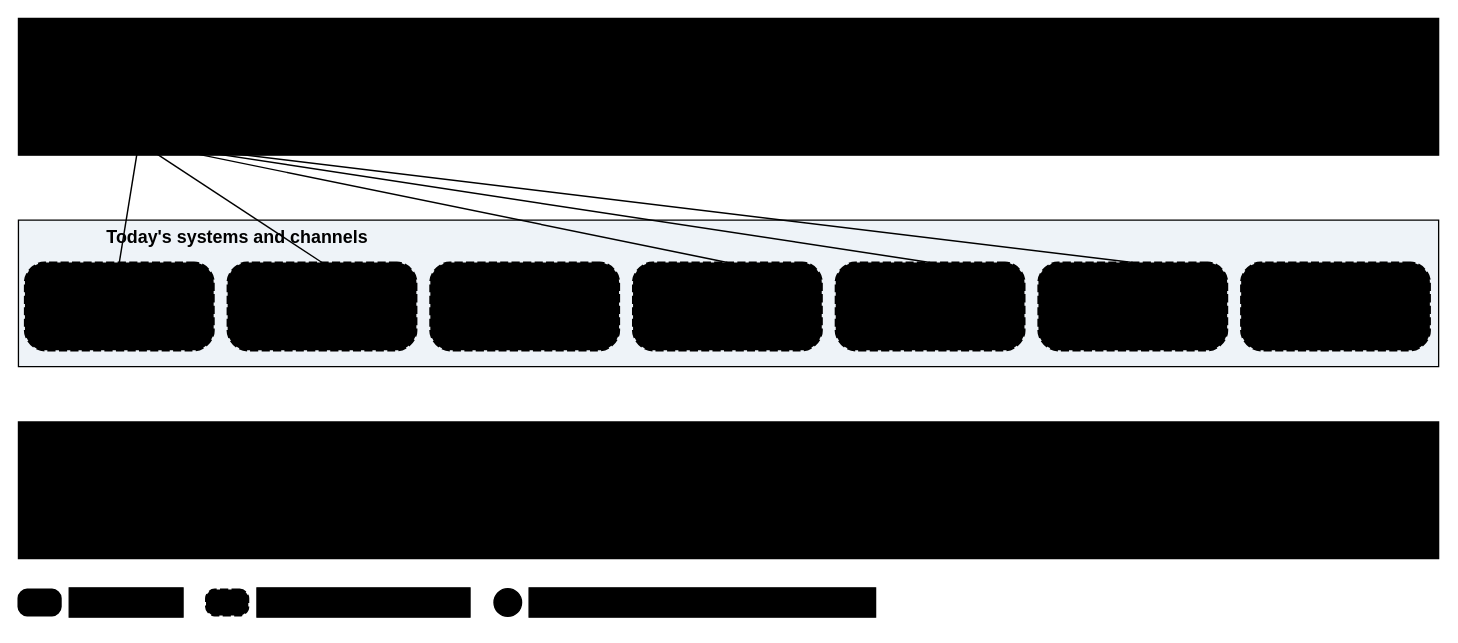
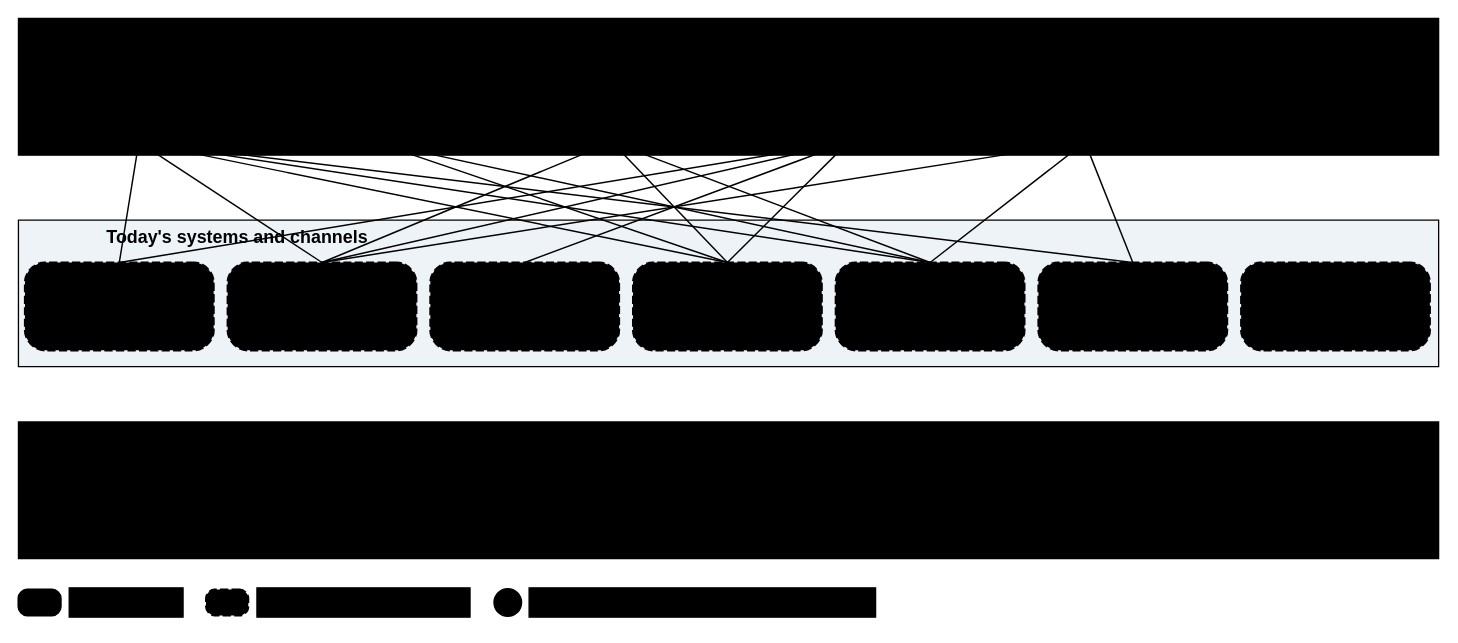
One commit to IortaTexhNXT-DEV/FinVerse changed the diagram in docs/deliverables/src/decks/figures/holistic_asis_map.dot. Above: the diagram before and after it, drawn with Graphviz. The commit also changed 31 other files, not shown here.

First line of the commit message:
Business process deck: chapters 2-5 (Operations, Product Maintenance, Collections, Accounting)

```diff
--- a/docs/deliverables/src/decks/figures/holistic_asis_map.dot
+++ b/docs/deliverables/src/decks/figures/holistic_asis_map.dot
@@ -1,36 +1,56 @@
 // Each line is a system or channel an area depends on today (current-process sections of the 12 BRDs)
 // Generated by docs/deliverables/src/decks/build_process_deck.py from the YAML in
 // process_deck/; edit the YAML and rebuild. Colour tokens are replaced at render time.
 digraph holistic_asis_map {
   graph [layout=neato, inputscale=72, splines=line, overlap=true, outputorder=nodesfirst, bgcolor="white", pad=0.05, fontname="Arial"];
   node [fontname="Arial"];
   edge [fontname="Arial"];
   c0 [pos="0,0!", shape=point, width=0.01, style=invis];
   c1 [pos="873.0,372.0!", shape=point, width=0.01, style=invis];
   r1 [pos="436.5,330.0!", shape=box, style="filled", fillcolor="@WHITE", color="@BORDER", penwidth=0.8, width=12.125, height=1.167, fixedsize=true, margin="0.03,0.02", label=""];
   r2 [pos="104.0,360.0!", shape=box, style="filled", fillcolor="@WHITE", color="@WHITE", penwidth=0.8, width=2.778, height=0.250, fixedsize=true, margin="0.03,0.02", label=<<font point-size="11.5" color="@HEADER_BLUE"><b>Business areas 1-6</b></font>>];
   r3 [pos="436.5,203.0!", shape=box, style="filled", fillcolor="#EEF3F8", color="@BORDER", penwidth=0.8, width=12.125, height=1.250, fixedsize=true, margin="0.03,0.02", label=""];
   r4 [pos="134.0,236.0!", shape=box, style="filled", fillcolor="#EEF3F8", color="#EEF3F8", penwidth=0.8, width=3.611, height=0.250, fixedsize=true, margin="0.03,0.02", label=<<font point-size="11.5" color="@HEADER_BLUE"><b>Today's systems and channels</b></font>>];
   r5 [pos="436.5,82.0!", shape=box, style="filled", fillcolor="@WHITE", color="@BORDER", penwidth=0.8, width=12.125, height=1.167, fixedsize=true, margin="0.03,0.02", label=""];
   r6 [pos="104.0,112.0!", shape=box, style="filled", fillcolor="@WHITE", color="@WHITE", penwidth=0.8, width=2.778, height=0.250, fixedsize=true, margin="0.03,0.02", label=<<font point-size="11.5" color="@HEADER_BLUE"><b>Business areas 7-12</b></font>>];
   nb [pos="74.0,321.0!", shape=box, style="rounded,filled", fillcolor="@WHITE", color="@HEADER_BLUE", penwidth=1.3, width=1.889, height=0.694, fixedsize=true, margin="0.03,0.02", label=<<font point-size="12" color="@NEAR_BLACK">1  New Business</font>>];
   m7 [pos="138.0,344.0!", shape=circle, style=filled, fillcolor="@YELLOW", color="@NEAR_BLACK", penwidth=0.8, width=0.264, height=0.264, fixedsize=true, label=<<font point-size="11" color="@NEAR_BLACK"><b>9</b></font>>];
+  pm [pos="219.4,321.0!", shape=box, style="rounded,filled", fillcolor="@WHITE", color="@HEADER_BLUE", penwidth=1.3, width=1.889, height=0.694, fixedsize=true, margin="0.03,0.02", label=<<font point-size="12" color="@NEAR_BLACK">3  Product<br/>Maintenance</font>>];
+  m8 [pos="283.4,344.0!", shape=circle, style=filled, fillcolor="@YELLOW", color="@NEAR_BLACK", penwidth=0.8, width=0.264, height=0.264, fixedsize=true, label=<<font point-size="11" color="@NEAR_BLACK"><b>8</b></font>>];
+  ops [pos="364.8,321.0!", shape=box, style="rounded,filled", fillcolor="@WHITE", color="@HEADER_BLUE", penwidth=1.3, width=1.889, height=0.694, fixedsize=true, margin="0.03,0.02", label=<<font point-size="12" color="@NEAR_BLACK">2  Operations</font>>];
+  m9 [pos="428.8,344.0!", shape=circle, style=filled, fillcolor="@YELLOW", color="@NEAR_BLACK", penwidth=0.8, width=0.264, height=0.264, fixedsize=true, label=<<font point-size="11" color="@NEAR_BLACK"><b>6</b></font>>];
+  clxn [pos="510.2,321.0!", shape=box, style="rounded,filled", fillcolor="@WHITE", color="@HEADER_BLUE", penwidth=1.3, width=1.889, height=0.694, fixedsize=true, margin="0.03,0.02", label=<<font point-size="12" color="@NEAR_BLACK">4  Collections</font>>];
+  m10 [pos="574.2,344.0!", shape=circle, style=filled, fillcolor="@YELLOW", color="@NEAR_BLACK", penwidth=0.8, width=0.264, height=0.264, fixedsize=true, label=<<font point-size="11" color="@NEAR_BLACK"><b>8</b></font>>];
+  acct [pos="655.6,321.0!", shape=box, style="rounded,filled", fillcolor="@WHITE", color="@HEADER_BLUE", penwidth=1.3, width=1.889, height=0.694, fixedsize=true, margin="0.03,0.02", label=<<font point-size="12" color="@NEAR_BLACK">5  Accounting and<br/>Disbursement</font>>];
+  m11 [pos="719.6,344.0!", shape=circle, style=filled, fillcolor="@YELLOW", color="@NEAR_BLACK", penwidth=0.8, width=0.264, height=0.264, fixedsize=true, label=<<font point-size="11" color="@NEAR_BLACK"><b>9</b></font>>];
   qps [pos="62.0,195.0!", shape=box, style="rounded,filled,dashed", fillcolor="@WHITE", color="@MUTED", penwidth=1.3, width=1.611, height=0.750, fixedsize=true, margin="0.03,0.02", label=<<font point-size="12" color="@NEAR_BLACK">QPS</font>>];
   ebix [pos="186.6,195.0!", shape=box, style="rounded,filled,dashed", fillcolor="@WHITE", color="@MUTED", penwidth=1.3, width=1.611, height=0.750, fixedsize=true, margin="0.03,0.02", label=<<font point-size="12" color="@NEAR_BLACK">EBIX</font>>];
   isys [pos="311.2,195.0!", shape=box, style="rounded,filled,dashed", fillcolor="@WHITE", color="@MUTED", penwidth=1.3, width=1.611, height=0.750, fixedsize=true, margin="0.03,0.02", label=<<font point-size="12" color="@NEAR_BLACK">ISYS</font>>];
-  xls [pos="435.8,195.0!", shape=box, style="rounded,filled,dashed", fillcolor="@WHITE", color="@MUTED", penwidth=1.3, width=1.611, height=0.750, fixedsize=true, margin="0.03,0.02", label=<<font point-size="12" color="@NEAR_BLACK">Excel, shared drive,<br/>SharePoint</font>>];
+  xls [pos="435.8,195.0!", shape=box, style="rounded,filled,dashed", fillcolor="@WHITE", color="@MUTED", penwidth=1.3, width=1.611, height=0.750, fixedsize=true, margin="0.03,0.02", label=<<font point-size="12" color="@NEAR_BLACK">Excel, shared<br/>drive, SharePoint</font>>];
   mail [pos="560.4,195.0!", shape=box, style="rounded,filled,dashed", fillcolor="@WHITE", color="@MUTED", penwidth=1.3, width=1.611, height=0.750, fixedsize=true, margin="0.03,0.02", label=<<font point-size="12" color="@NEAR_BLACK">E-mail and paper</font>>];
-  bank [pos="685.0,195.0!", shape=box, style="rounded,filled,dashed", fillcolor="@WHITE", color="@MUTED", penwidth=1.3, width=1.611, height=0.750, fixedsize=true, margin="0.03,0.02", label=<<font point-size="12" color="@NEAR_BLACK">Bank systems: HLS,<br/>LAMD, CLPC, BOB</font>>];
+  bank [pos="685.0,195.0!", shape=box, style="rounded,filled,dashed", fillcolor="@WHITE", color="@MUTED", penwidth=1.3, width=1.611, height=0.750, fixedsize=true, margin="0.03,0.02", label=<<font point-size="12" color="@NEAR_BLACK">Bank systems:<br/>HLS, LAMD, CLPC,<br/>BOB</font>>];
   other [pos="809.6,195.0!", shape=box, style="rounded,filled,dashed", fillcolor="@WHITE", color="@MUTED", penwidth=1.3, width=1.611, height=0.750, fixedsize=true, margin="0.03,0.02", label=<<font point-size="12" color="@NEAR_BLACK">Front-End, NLDS,<br/>AMLC portal</font>>];
-  r8 [pos="13.0,13.0!", shape=box, style="rounded,filled", fillcolor="@WHITE", color="@HEADER_BLUE", penwidth=1.2, width=0.361, height=0.222, fixedsize=true, margin="0.03,0.02", label=""];
-  r9 [pos="66.2,13.0!", shape=box, style="filled", fillcolor="@WHITE", color="@WHITE", penwidth=0.8, width=0.976, height=0.250, fixedsize=true, margin="0.03,0.02", label=<<font point-size="10.5" color="@TEXT">Business area</font>>];
-  r10 [pos="128.3,13.0!", shape=box, style="rounded,filled,dashed", fillcolor="@WHITE", color="@MUTED", penwidth=1.2, width=0.361, height=0.222, fixedsize=true, margin="0.03,0.02", label=""];
-  r11 [pos="212.1,13.0!", shape=box, style="filled", fillcolor="@WHITE", color="@WHITE", penwidth=0.8, width=1.826, height=0.250, fixedsize=true, margin="0.03,0.02", label=<<font point-size="10.5" color="@TEXT">Today's system or channel</font>>];
-  m12 [pos="300.8,13.0!", shape=circle, style=filled, fillcolor="@YELLOW", color="@NEAR_BLACK", penwidth=0.8, width=0.236, height=0.236, fixedsize=true, label=<<font point-size="11" color="@NEAR_BLACK"><b>1</b></font>>];
-  r13 [pos="420.4,13.0!", shape=box, style="filled", fillcolor="@WHITE", color="@WHITE", penwidth=0.8, width=2.960, height=0.250, fixedsize=true, margin="0.03,0.02", label=<<font point-size="10.5" color="@TEXT">Number of pain points in the area chapter</font>>];
+  r12 [pos="13.0,13.0!", shape=box, style="rounded,filled", fillcolor="@WHITE", color="@HEADER_BLUE", penwidth=1.2, width=0.361, height=0.222, fixedsize=true, margin="0.03,0.02", label=""];
+  r13 [pos="66.2,13.0!", shape=box, style="filled", fillcolor="@WHITE", color="@WHITE", penwidth=0.8, width=0.976, height=0.250, fixedsize=true, margin="0.03,0.02", label=<<font point-size="10.5" color="@TEXT">Business area</font>>];
+  r14 [pos="128.3,13.0!", shape=box, style="rounded,filled,dashed", fillcolor="@WHITE", color="@MUTED", penwidth=1.2, width=0.361, height=0.222, fixedsize=true, margin="0.03,0.02", label=""];
+  r15 [pos="212.1,13.0!", shape=box, style="filled", fillcolor="@WHITE", color="@WHITE", penwidth=0.8, width=1.826, height=0.250, fixedsize=true, margin="0.03,0.02", label=<<font point-size="10.5" color="@TEXT">Today's system or channel</font>>];
+  m16 [pos="300.8,13.0!", shape=circle, style=filled, fillcolor="@YELLOW", color="@NEAR_BLACK", penwidth=0.8, width=0.236, height=0.236, fixedsize=true, label=<<font point-size="11" color="@NEAR_BLACK"><b>1</b></font>>];
+  r17 [pos="420.4,13.0!", shape=box, style="filled", fillcolor="@WHITE", color="@WHITE", penwidth=0.8, width=2.960, height=0.250, fixedsize=true, margin="0.03,0.02", label=<<font point-size="10.5" color="@TEXT">Number of pain points in the area chapter</font>>];
   nb -> qps [color="@MUTED", style=solid, penwidth=0.9, arrowsize=0.7, arrowhead=none, tailport=s, headport=n];
   nb -> ebix [color="@MUTED", style=solid, penwidth=0.9, arrowsize=0.7, arrowhead=none, tailport=s, headport=n];
   nb -> xls [color="@MUTED", style=solid, penwidth=0.9, arrowsize=0.7, arrowhead=none, tailport=s, headport=n];
   nb -> mail [color="@MUTED", style=solid, penwidth=0.9, arrowsize=0.7, arrowhead=none, tailport=s, headport=n];
   nb -> bank [color="@MUTED", style=solid, penwidth=0.9, arrowsize=0.7, arrowhead=none, tailport=s, headport=n];
+  pm -> xls [color="@MUTED", style=solid, penwidth=0.9, arrowsize=0.7, arrowhead=none, tailport=s, headport=n];
+  pm -> mail [color="@MUTED", style=solid, penwidth=0.9, arrowsize=0.7, arrowhead=none, tailport=s, headport=n];
+  ops -> ebix [color="@MUTED", style=solid, penwidth=0.9, arrowsize=0.7, arrowhead=none, tailport=s, headport=n];
+  ops -> xls [color="@MUTED", style=solid, penwidth=0.9, arrowsize=0.7, arrowhead=none, tailport=s, headport=n];
+  ops -> mail [color="@MUTED", style=solid, penwidth=0.9, arrowsize=0.7, arrowhead=none, tailport=s, headport=n];
+  clxn -> ebix [color="@MUTED", style=solid, penwidth=0.9, arrowsize=0.7, arrowhead=none, tailport=s, headport=n];
+  clxn -> qps [color="@MUTED", style=solid, penwidth=0.9, arrowsize=0.7, arrowhead=none, tailport=s, headport=n];
+  clxn -> isys [color="@MUTED", style=solid, penwidth=0.9, arrowsize=0.7, arrowhead=none, tailport=s, headport=n];
+  clxn -> xls [color="@MUTED", style=solid, penwidth=0.9, arrowsize=0.7, arrowhead=none, tailport=s, headport=n];
+  acct -> ebix [color="@MUTED", style=solid, penwidth=0.9, arrowsize=0.7, arrowhead=none, tailport=s, headport=n];
+  acct -> bank [color="@MUTED", style=solid, penwidth=0.9, arrowsize=0.7, arrowhead=none, tailport=s, headport=n];
+  acct -> mail [color="@MUTED", style=solid, penwidth=0.9, arrowsize=0.7, arrowhead=none, tailport=s, headport=n];
 }
```
